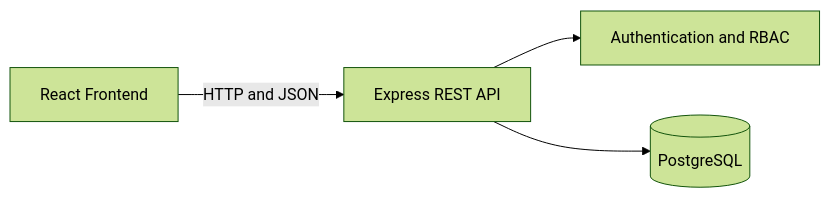
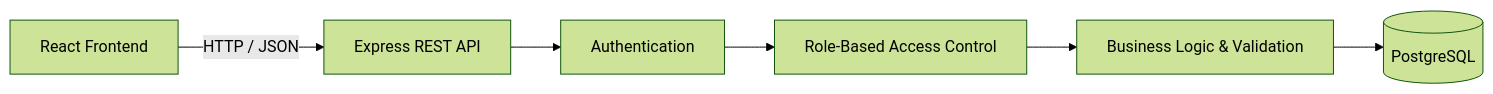
One commit to Zakiii14/supplier-management-system changed the second of 2 diagrams in README.md. Above: the diagram before and after it, drawn with Mermaid (forest theme). The commit also changed other lines of this file, not shown here.

````diff
--- a/README.md
+++ b/README.md
@@ -182,6 +189,8 @@
 ```mermaid
 flowchart LR
-    A[React Frontend] -->|HTTP and JSON| B[Express REST API]
-    B --> C[Authentication and RBAC]
-    B --> D[(PostgreSQL)]
+    A[React Frontend] -->|HTTP / JSON| B[Express REST API]
+    B --> C[Authentication]
+    C --> D[Role-Based Access Control]
+    D --> E[Business Logic & Validation]
+    E --> F[(PostgreSQL)]
 ```
````
